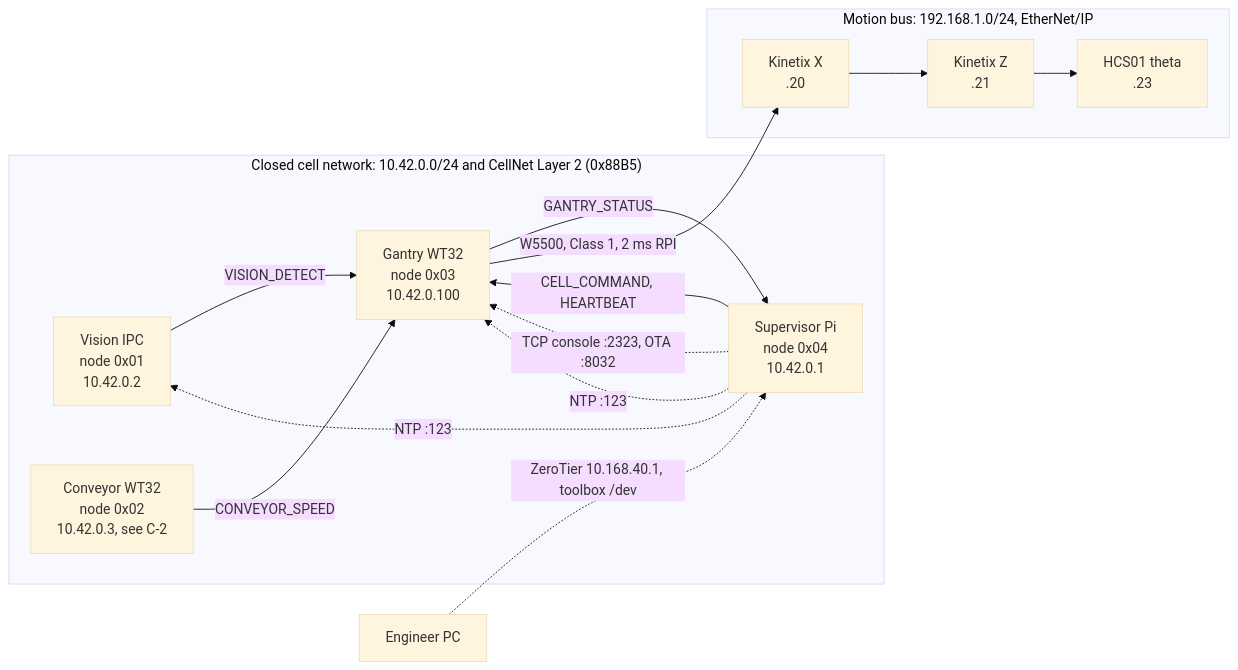
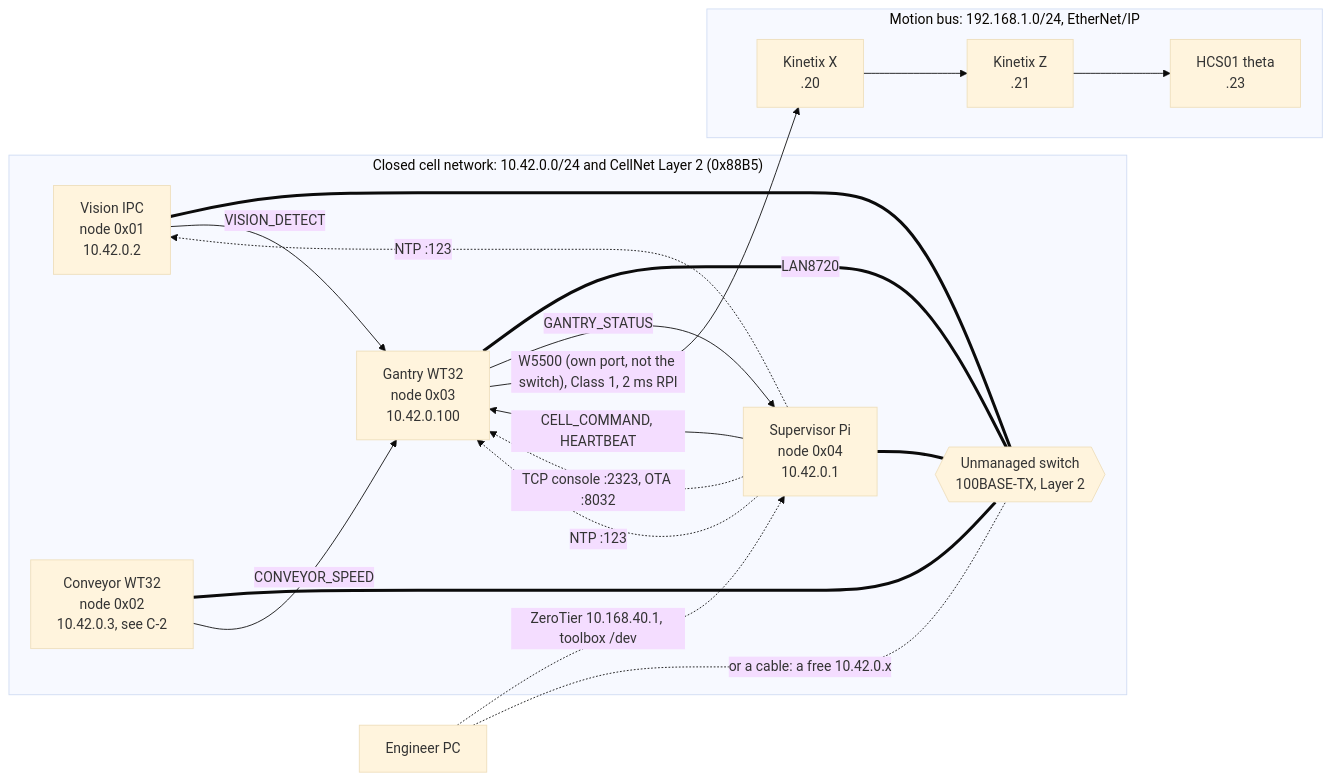
Before and after one commit to Mynderse-Research-Lab/wt32-eth01-FreeRTOS: the diagram in docs/KNOWLEDGE_TRANSFER.md, drawn with Mermaid (base theme). The commit also changed other lines of this file, not shown here.

Commit message:
docs: show the unmanaged cell switch in the cell flowchart
All four cell hosts cable to an unmanaged 100BASE-TX switch
(EXPECTED_ELECTROMECHANICAL_ASSEMBLY section 3); the motion bus is the
gantry's separate W5500 port. Cables are thick lines, messages arrows.

````diff
--- a/docs/KNOWLEDGE_TRANSFER.md
+++ b/docs/KNOWLEDGE_TRANSFER.md
@@ -33,24 +35,30 @@
 ```mermaid
 flowchart LR
   subgraph cell ["Closed cell network: 10.42.0.0/24 and CellNet Layer 2 (0x88B5)"]
+    SW{{"Unmanaged switch<br/>100BASE-TX, Layer 2"}}
     V["Vision IPC<br/>node 0x01<br/>10.42.0.2"]
     C["Conveyor WT32<br/>node 0x02<br/>10.42.0.3, see C-2"]
     G["Gantry WT32<br/>node 0x03<br/>10.42.0.100"]
     S["Supervisor Pi<br/>node 0x04<br/>10.42.0.1"]
   end
+  V === SW
+  C === SW
+  S === SW
+  G ===|"LAN8720"| SW
   subgraph bus ["Motion bus: 192.168.1.0/24, EtherNet/IP"]
     X["Kinetix X<br/>.20"]
     Z["Kinetix Z<br/>.21"]
     T["HCS01 theta<br/>.23"]
   end
   V -- "VISION_DETECT" --> G
   C -- "CONVEYOR_SPEED" --> G
   S -- "CELL_COMMAND, HEARTBEAT" --> G
   G -- "GANTRY_STATUS" --> S
-  G -- "W5500, Class 1, 2 ms RPI" --> X
+  G -- "W5500 (own port, not the switch), Class 1, 2 ms RPI" --> X
   X --> Z --> T
   S -. "TCP console :2323, OTA :8032" .-> G
   S -. "NTP :123" .-> V
   S -. "NTP :123" .-> G
   E["Engineer PC"] -. "ZeroTier 10.168.40.1, toolbox /dev" .-> S
+  E -. "or a cable: a free 10.42.0.x" .- SW
 ```
````
